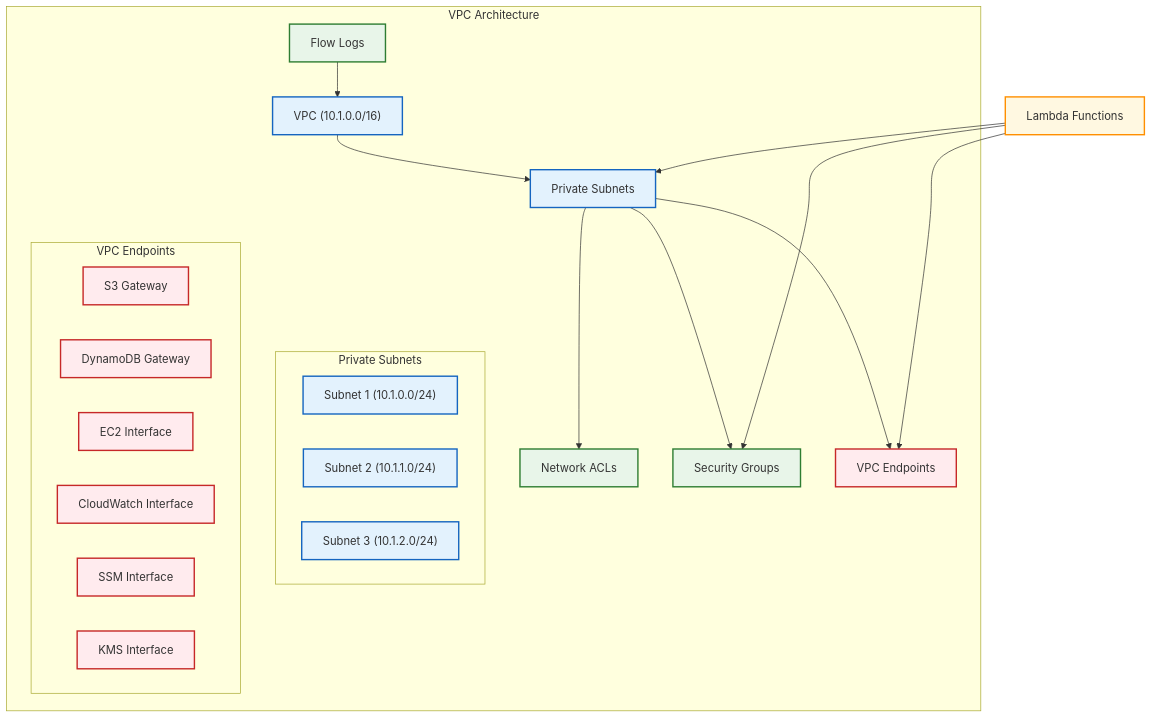
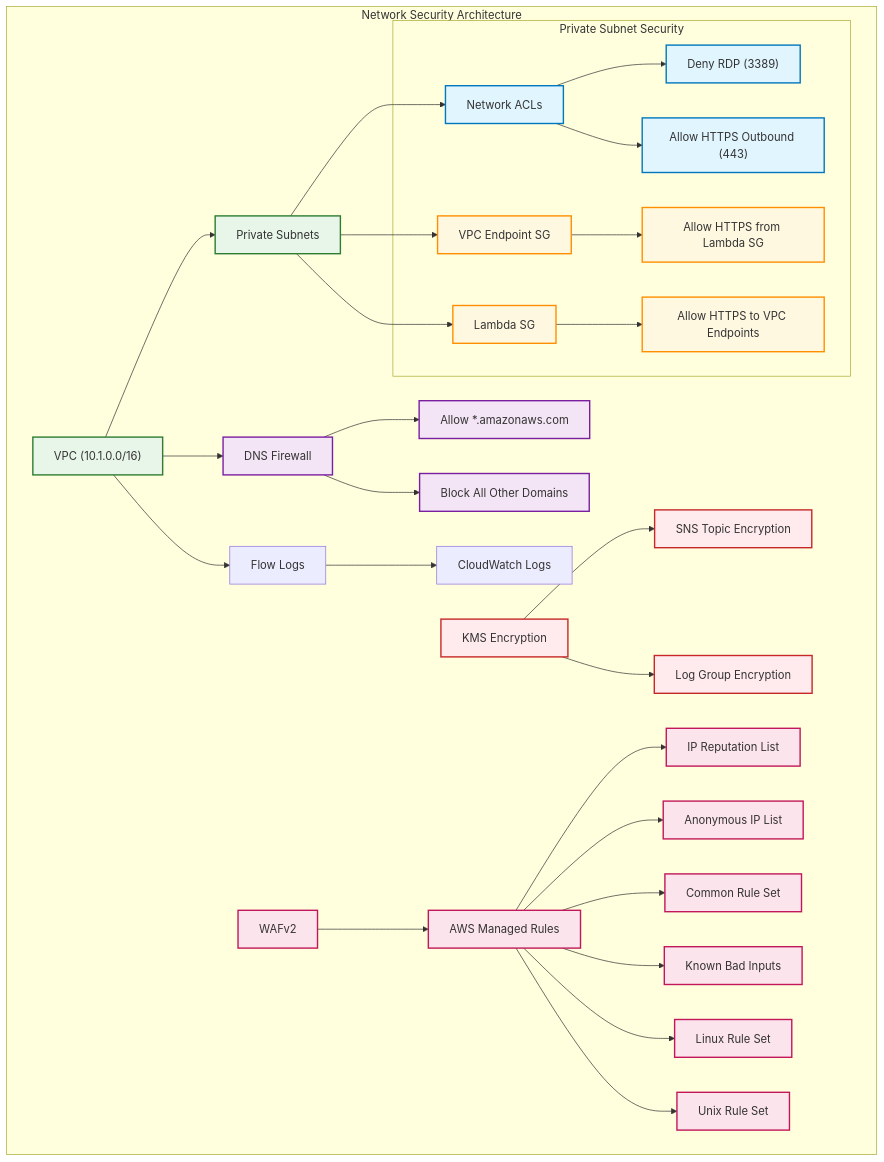
The third of 6 diagrams in README.md (Hack23/lambda-in-private-vpc), drawn with Mermaid before and after one commit. The commit also changed other lines of this file, not shown here.

````diff
--- a/README.md
+++ b/README.md
@@ -172,41 +136,54 @@
 ```mermaid
-graph TB
-    subgraph "VPC Architecture"
-        VPC["VPC (10.1.0.0/16)"] --> PS["Private Subnets"]
+graph TD
+    subgraph "Network Security Architecture"
+        VPC["VPC (10.1.0.0/16)"]
         
-        subgraph "Private Subnets"
-            PS1["Subnet 1 (10.1.0.0/24)"]
-            PS2["Subnet 2 (10.1.1.0/24)"]
-            PS3["Subnet 3 (10.1.2.0/24)"]
+        subgraph "Private Subnet Security"
+            NACL["Network ACLs"] --> DENY["Deny RDP (3389)"]
+            NACL --> ALLOW_OUT["Allow HTTPS Outbound (443)"]
+            SGFVPC["VPC Endpoint SG"]
+            SGLMB["Lambda SG"]
+            
+            SGFVPC --> ALLOW_SG["Allow HTTPS from Lambda SG"]
+            SGLMB --> ALLOW_VPC["Allow HTTPS to VPC Endpoints"]
         end
         
-        PS --> ACL["Network ACLs"]
-        PS --> SG["Security Groups"]
-        PS --> EP["VPC Endpoints"]
+        VPC --> SUBNET["Private Subnets"]
+        SUBNET --> NACL
+        SUBNET --> SGFVPC
+        SUBNET --> SGLMB
         
-        subgraph "VPC Endpoints"
-            S3["S3 Gateway"]
-            DDB["DynamoDB Gateway"]
-            EC2["EC2 Interface"]
-            CW["CloudWatch Interface"]
-            SSM["SSM Interface"]
-            KMS["KMS Interface"]
-        end
+        VPC --> DNS_FW["DNS Firewall"]
+        DNS_FW --> ALLOW_AWS["Allow *.amazonaws.com"]
+        DNS_FW --> BLOCK_ALL["Block All Other Domains"]
         
-        FL["Flow Logs"] --> VPC
+        VPC --> FLOW["Flow Logs"]
+        FLOW --> CWLOGS["CloudWatch Logs"]
+        
+        KMS["KMS Encryption"]
+        KMS --> SNS_ENC["SNS Topic Encryption"]
+        KMS --> LOGS_ENC["Log Group Encryption"]
+        
+        WAF["WAFv2"] --> RULES["AWS Managed Rules"]
+        RULES --> IP_REP["IP Reputation List"]
+        RULES --> ANON_IP["Anonymous IP List"]
+        RULES --> COMMON["Common Rule Set"]
+        RULES --> BAD_IN["Known Bad Inputs"]
+        RULES --> LINUX["Linux Rule Set"]
+        RULES --> UNIX["Unix Rule Set"]
     end
     
-    Lambda["Lambda Functions"] --> PS
-    Lambda --> SG
-    Lambda --> EP
+    classDef vpc fill:#e8f5e9,stroke:#2e7d32,stroke-width:2px;
+    classDef nacl fill:#e1f5fe,stroke:#0277bd,stroke-width:2px;
+    classDef sg fill:#fff8e1,stroke:#ff8f00,stroke-width:2px;
+    classDef dns fill:#f3e5f5,stroke:#7b1fa2,stroke-width:2px;
+    classDef encryption fill:#ffebee,stroke:#c62828,stroke-width:2px;
+    classDef waf fill:#fce4ec,stroke:#c2185b,stroke-width:2px;
     
-    classDef vpc fill:#e3f2fd,stroke:#1565c0,stroke-width:2px;
-    classDef network fill:#e8f5e9,stroke:#2e7d32,stroke-width:2px;
-    classDef security fill:#ffebee,stroke:#c62828,stroke-width:2px;
-    classDef compute fill:#fff8e1,stroke:#ff8f00,stroke-width:2px;
-    
-    class VPC,PS,PS1,PS2,PS3 vpc;
-    class ACL,SG,FL network;
-    class EP,S3,DDB,EC2,CW,SSM,KMS security;
-    class Lambda compute;
+    class VPC,SUBNET vpc;
+    class NACL,DENY,ALLOW_OUT nacl;
+    class SGFVPC,SGLMB,ALLOW_SG,ALLOW_VPC sg;
+    class DNS_FW,ALLOW_AWS,BLOCK_ALL dns;
+    class KMS,SNS_ENC,LOGS_ENC encryption;
+    class WAF,RULES,IP_REP,ANON_IP,COMMON,BAD_IN,LINUX,UNIX waf;
 ```
````
